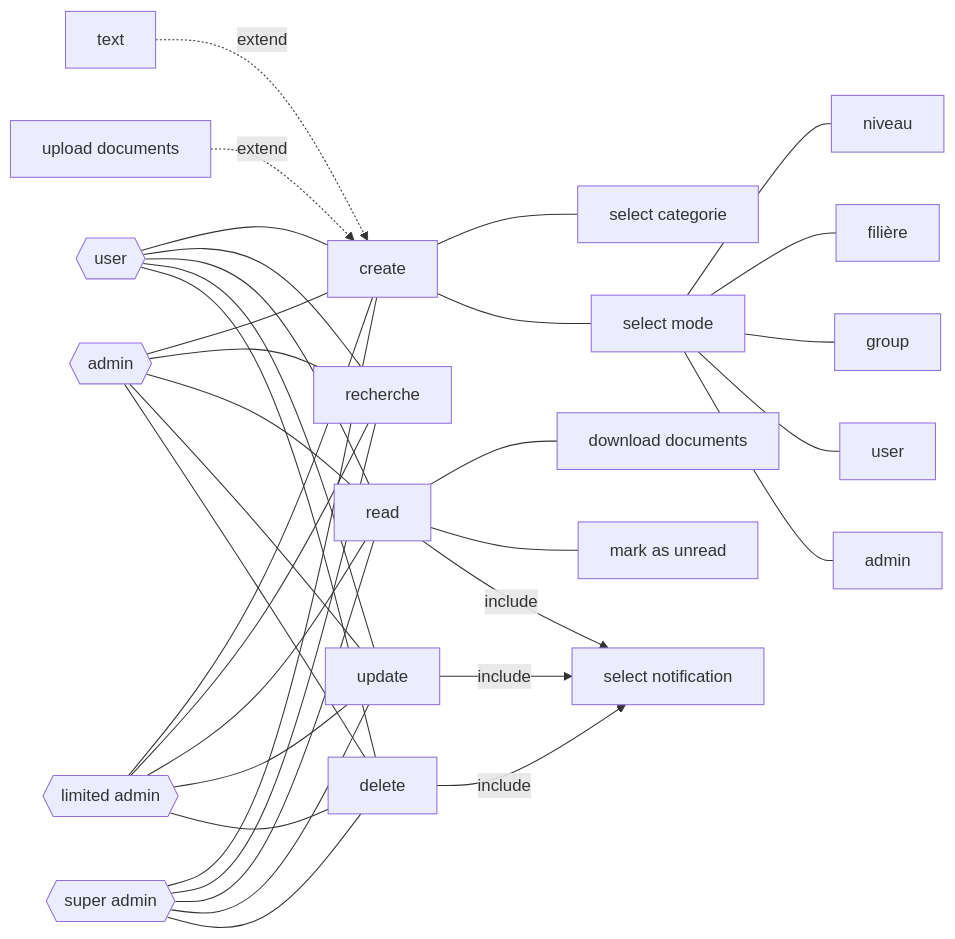
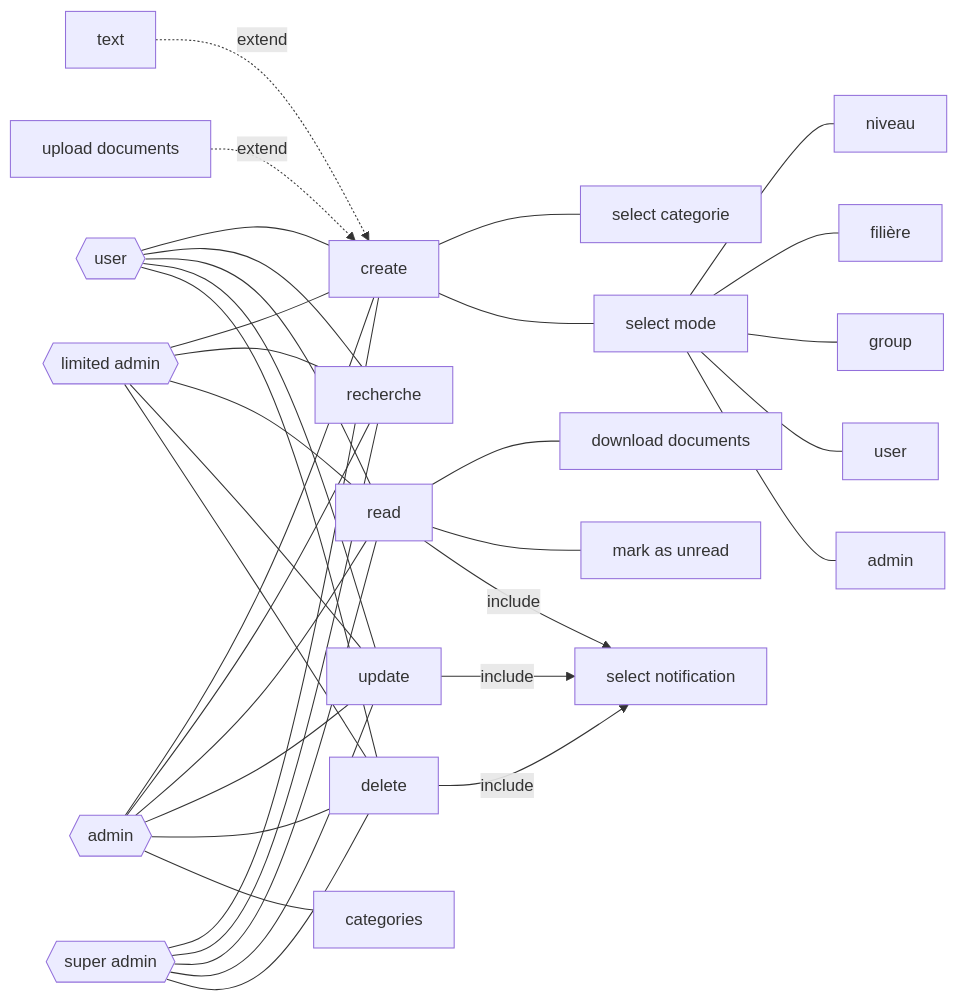
Before and after one commit to idlli/E-Campus: the diagram in diagrams/notifications.md, drawn with Mermaid.

````diff
--- a/diagrams/notifications.md
+++ b/diagrams/notifications.md
@@ -2,9 +2,10 @@
 ```mermaid
 graph LR
     user{{user}} & admin{{admin}} & l-admin{{limited admin}} & s-admin{{super admin}} --- nc[create] & nrr[recherche] & nr[read] & nu[update] & nd[delete]
     nc --- nsc[select categorie] & nsm[select mode]
     nsm --- ncn[niveau] & ncf[filière] & ncg[group] & ncs[user] & nca[admin]
     text & nud[upload documents] -.-> |extend| nc
     nr --- nddd[download documents] & nmau[mark as unread]
     nr & nu & nd --> |include| ns[select notification]
+    admin --- categories
 ```
````
